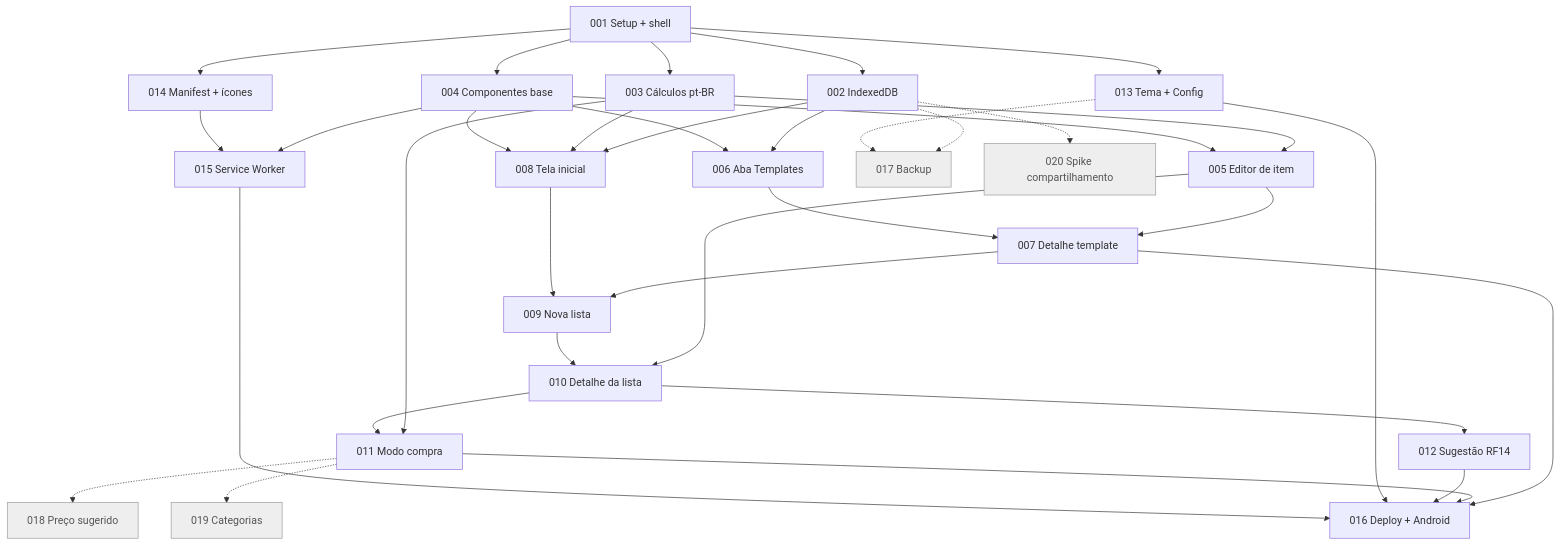
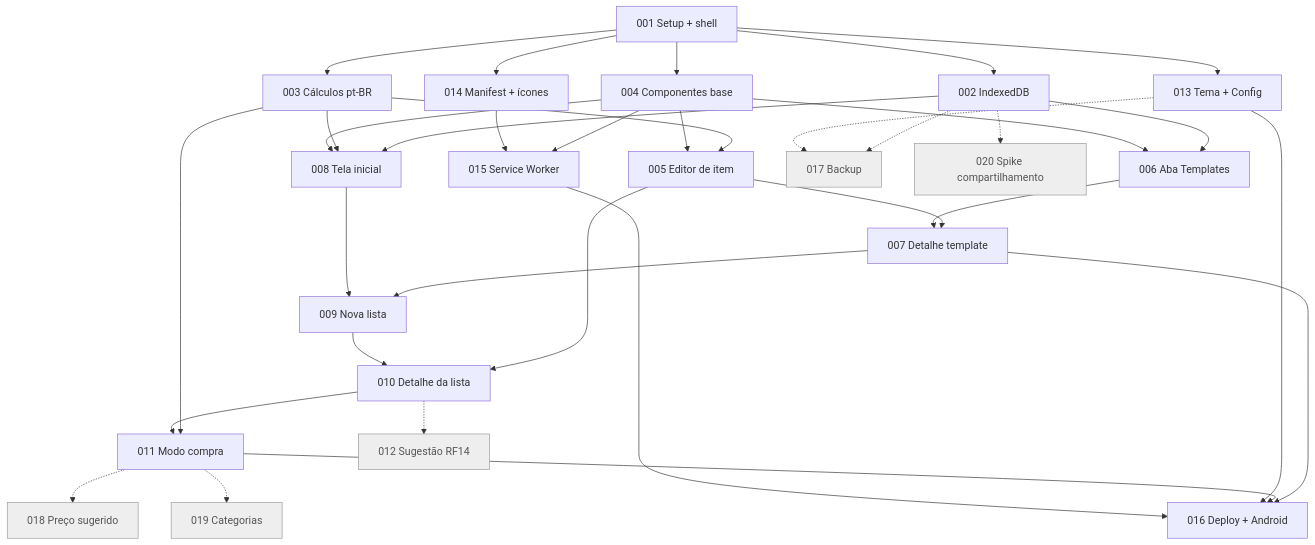
The diagram in docs/cards/_index.md (thalesAlves758/cestinha), drawn with Mermaid before and after one commit. The commit also changed other lines of this file and 4 other files, not shown here.

````diff
--- a/docs/cards/_index.md
+++ b/docs/cards/_index.md
@@ -51,40 +51,39 @@
 ```mermaid
 flowchart TD
     C001[001 Setup + shell] --> C002[002 IndexedDB]
     C001 --> C003[003 Cálculos pt-BR]
     C001 --> C004[004 Componentes base]
     C001 --> C013[013 Tema + Config]
     C001 --> C014[014 Manifest + ícones]
     C003 --> C005[005 Editor de item]
     C004 --> C005
     C002 --> C006[006 Aba Templates]
     C004 --> C006
     C005 --> C007[007 Detalhe template]
     C006 --> C007
     C002 --> C008[008 Tela inicial]
     C003 --> C008
     C004 --> C008
     C007 --> C009[009 Nova lista]
     C008 --> C009
     C005 --> C010[010 Detalhe da lista]
     C009 --> C010
     C003 --> C011[011 Modo compra]
     C010 --> C011
-    C010 --> C012[012 Sugestão RF14]
     C004 --> C015[015 Service Worker]
     C014 --> C015
     C007 --> C016[016 Deploy + Android]
     C011 --> C016
-    C012 --> C016
     C013 --> C016
     C015 --> C016
 
+    C010 -.-> C012[012 Sugestão RF14]
     C002 -.-> C017[017 Backup]
     C013 -.-> C017
     C011 -.-> C018[018 Preço sugerido]
     C011 -.-> C019[019 Categorias]
     C002 -.-> C020[020 Spike compartilhamento]
 
     classDef depois fill:#eee,stroke:#999,color:#555;
-    class C017,C018,C019,C020 depois;
+    class C012,C017,C018,C019,C020 depois;
 ```
````
